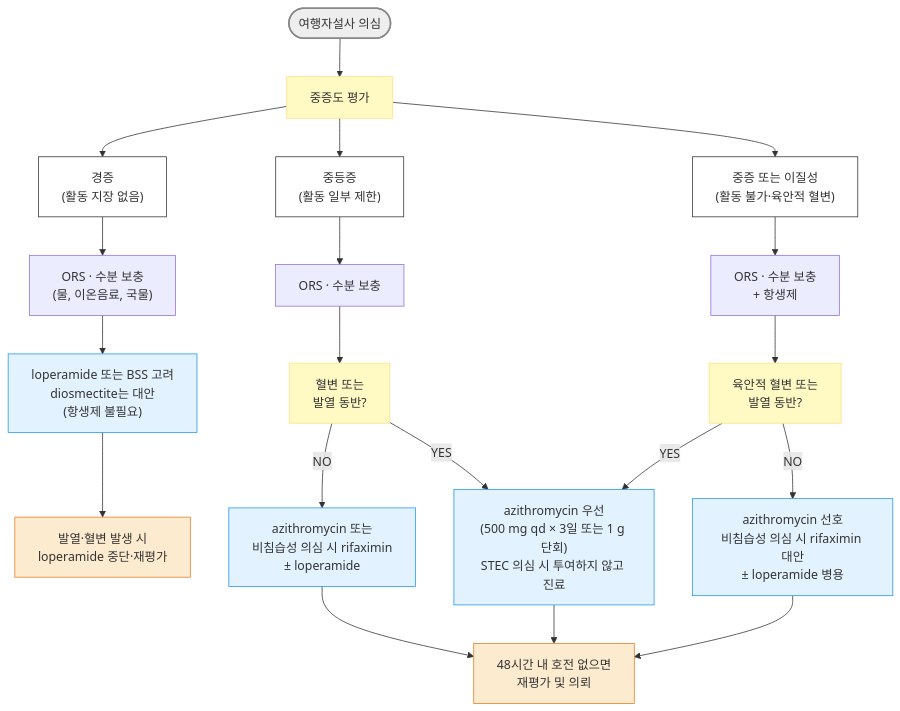
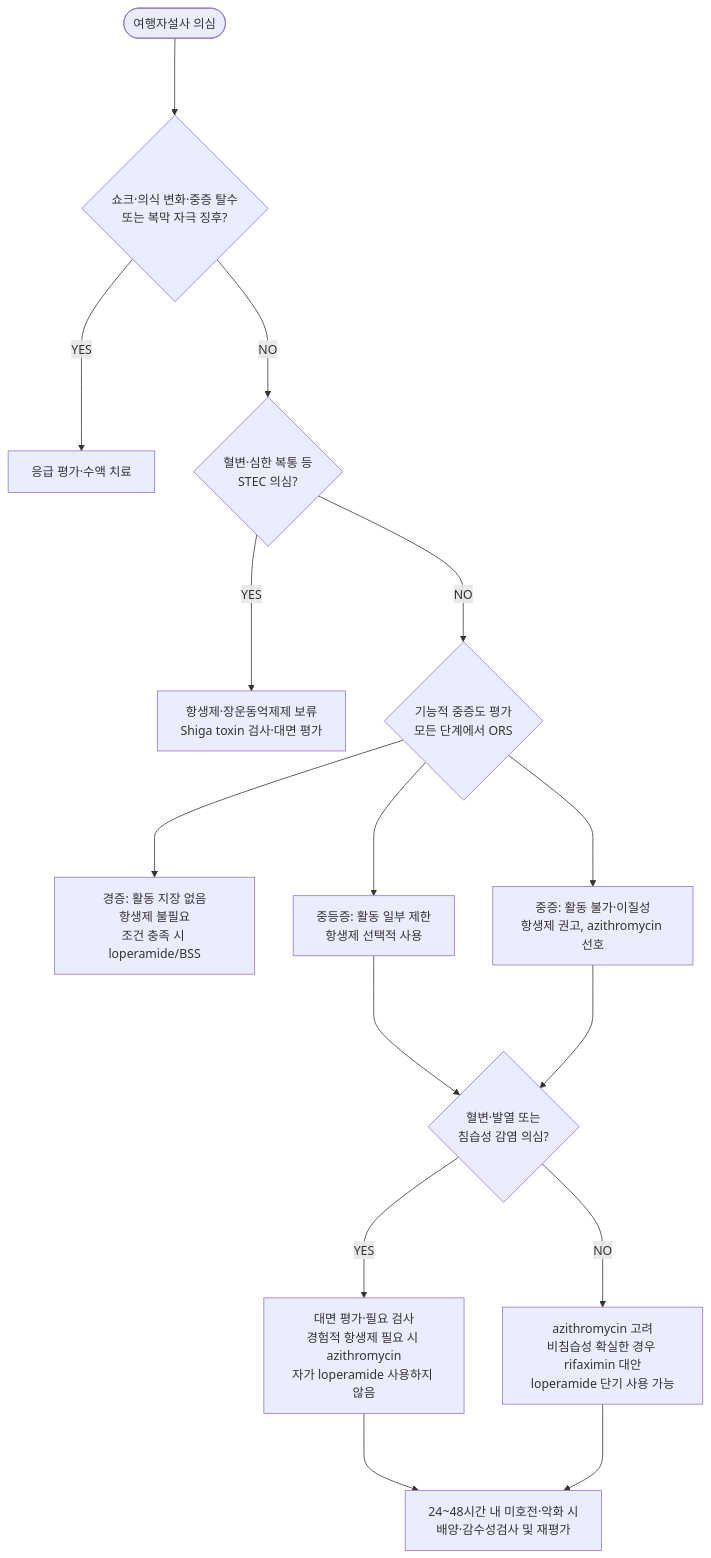
Before and after one commit to familyoh77/familyoh77: the diagram in 224_/086_-travelers-diarrhea.md, drawn with Mermaid. The commit also changed other lines of this file and 11 other files, not shown here.

````diff
--- a/224_/086_-travelers-diarrhea.md
+++ b/224_/086_-travelers-diarrhea.md
@@ -119,28 +92,17 @@
 ```mermaid
 graph TD
-    A([여행자설사 의심]) --> B[중증도 평가]
-    B --> C0["경증<br>(활동 지장 없음)"]--> C["ORS · 수분 보충<br>(물, 이온음료, 국물)"]
-    B --> D0["중등증<br>(활동 일부 제한)"]--> D["ORS · 수분 보충"]
-    B --> E0["중증 또는 이질성<br>(활동 불가·육안적 혈변)"]--> E["ORS · 수분 보충<br>+ 항생제"]
-    C --> C1["loperamide 또는 BSS 고려<br>diosmectite는 대안<br>(항생제 불필요)"]
-    C1 --> G["발열·혈변 발생 시<br>loperamide 중단·재평가"]
-    D --> D1["혈변 또는<br>발열 동반?"]
-    D1 -->|NO| D2["azithromycin 또는<br>비침습성 의심 시 rifaximin<br>± loperamide"]
-    D1 -->|YES| D3["azithromycin 우선<br>(500 mg qd × 3일 또는 1 g 단회)<br>STEC 의심 시 투여하지 않고 진료"]
-    E --> E1["육안적 혈변 또는<br>발열 동반?"]
-    E1 -->|YES| D3
-    E1 -->|NO| E3["azithromycin 선호<br>비침습성 의심 시 rifaximin 대안<br>± loperamide 병용"]
-    D2 --> F["48시간 내 호전 없으면<br>재평가 및 의뢰"]
-    D3 --> F
-    E3 --> F
-
-style A fill:#eeeeee,stroke:#888888,stroke-width:2px
-classDef white fill:#fff,stroke:#333
-class C0,D0,E0 white
-classDef yellow fill:#fff9c4,stroke:#ffe082
-class B,D1,E1 yellow
-classDef sky fill:#e3f2ff,stroke:#2196f3
-class C1,D2,D3,E3 sky
-classDef orange fill:#fdebd0,stroke:#e67e22
-class G,F orange
+    A([여행자설사 의심]) ---> R{"쇼크·의식 변화·중증 탈수<br>또는 복막 자극 징후?"}
+    R --->|YES| U["응급 평가·수액 치료"]
+    R --->|NO| S{"혈변·심한 복통 등<br>STEC 의심?"}
+    S --->|YES| T["항생제·장운동억제제 보류<br>Shiga toxin 검사·대면 평가"]
+    S --->|NO| B{"기능적 중증도 평가<br>모든 단계에서 ORS"}
+    B ---> C["경증: 활동 지장 없음<br>항생제 불필요<br>조건 충족 시 loperamide/BSS"]
+    B ---> D["중등증: 활동 일부 제한<br>항생제 선택적 사용"]
+    B ---> E["중증: 활동 불가·이질성<br>항생제 권고, azithromycin 선호"]
+    D ---> F{"혈변·발열 또는<br>침습성 감염 의심?"}
+    E ---> F
+    F --->|YES| G["대면 평가·필요 검사<br>경험적 항생제 필요 시 azithromycin<br>자가 loperamide 사용하지 않음"]
+    F --->|NO| H["azithromycin 고려<br>비침습성 확실한 경우 rifaximin 대안<br>loperamide 단기 사용 가능"]
+    G ---> I["24~48시간 내 미호전·악화 시<br>배양·감수성검사 및 재평가"]
+    H ---> I
 ```
````
